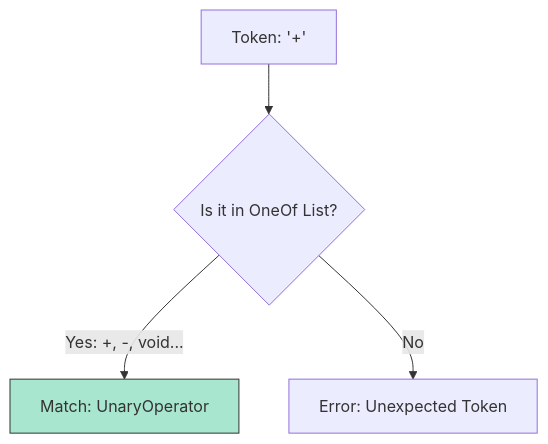
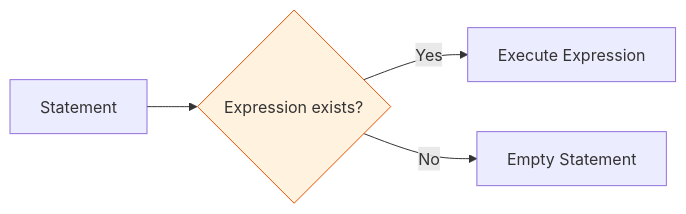
One commit to syahputrawork98-sketch/JavaScript-Learning-Hub changed the diagram in RAK-04-core-specification/SR-01-spec-algorithm-conventions/BK-02_GrammarNotationSystem/CH-02_GrammarShortcuts/README.md. Above: the diagram before and after it, drawn with Mermaid. The commit also changed other lines of this file and 30 other files, not shown here.

````diff
--- a/RAK-04-core-specification/SR-01-spec-algorithm-conventions/BK-02_GrammarNotationSystem/CH-02_GrammarShortcuts/README.md
+++ b/RAK-04-core-specification/SR-01-spec-algorithm-conventions/BK-02_GrammarNotationSystem/CH-02_GrammarShortcuts/README.md
@@ -36,8 +22,8 @@
 ```mermaid
-graph TD
-    Start[Token: '+'] --> Scan{Is it in OneOf List?}
-    Scan -->|Yes: +, -, void...| OK[Match: UnaryOperator]
-    Scan -->|No| Fail[Error: Unexpected Token]
+graph LR
+    Start[Statement] --> Expr{Expression exists?}
+    Expr -->|Yes| Full[Execute Expression]
+    Expr -->|No| Semi[Empty Statement]
     
-    style OK fill:#a8e6cf,stroke:#333
+    style Expr fill:#fff3e0,stroke:#e65100
 ```
````
